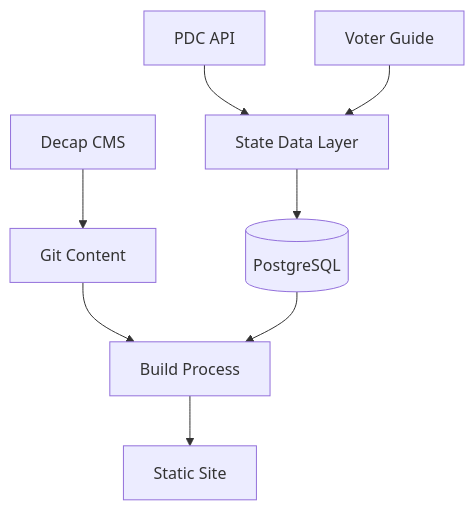
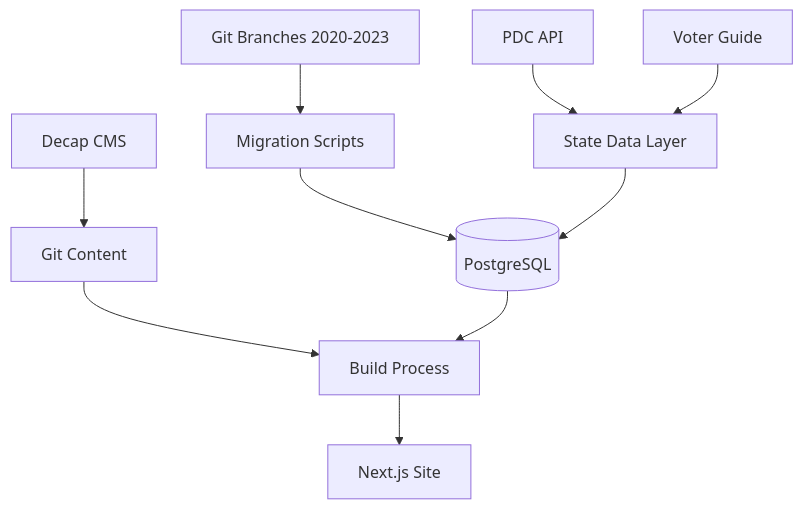
The diagram in REFACTOR.md (tricitiesvote/tricitiesvote.com), drawn with Mermaid before and after one commit. The commit also changed other lines of this file and 3 other files, not shown here.

````diff
--- a/REFACTOR.md
+++ b/REFACTOR.md
@@ -101,10 +135,12 @@
 ```mermaid
 graph TD
+    GitBranches[Git Branches 2020-2023] --> Migration[Migration Scripts]
+    Migration --> DB[(PostgreSQL)]
     PDC[PDC API] --> StateData[State Data Layer]
     VoterGuide[Voter Guide] --> StateData
-    StateData --> DB[(PostgreSQL)]
+    StateData --> DB
     CMS[Decap CMS] --> Git[Git Content]
     Git --> Build[Build Process]
     DB --> Build
-    Build --> Site[Static Site]
+    Build --> Site[Next.js Site]
 ```
````
